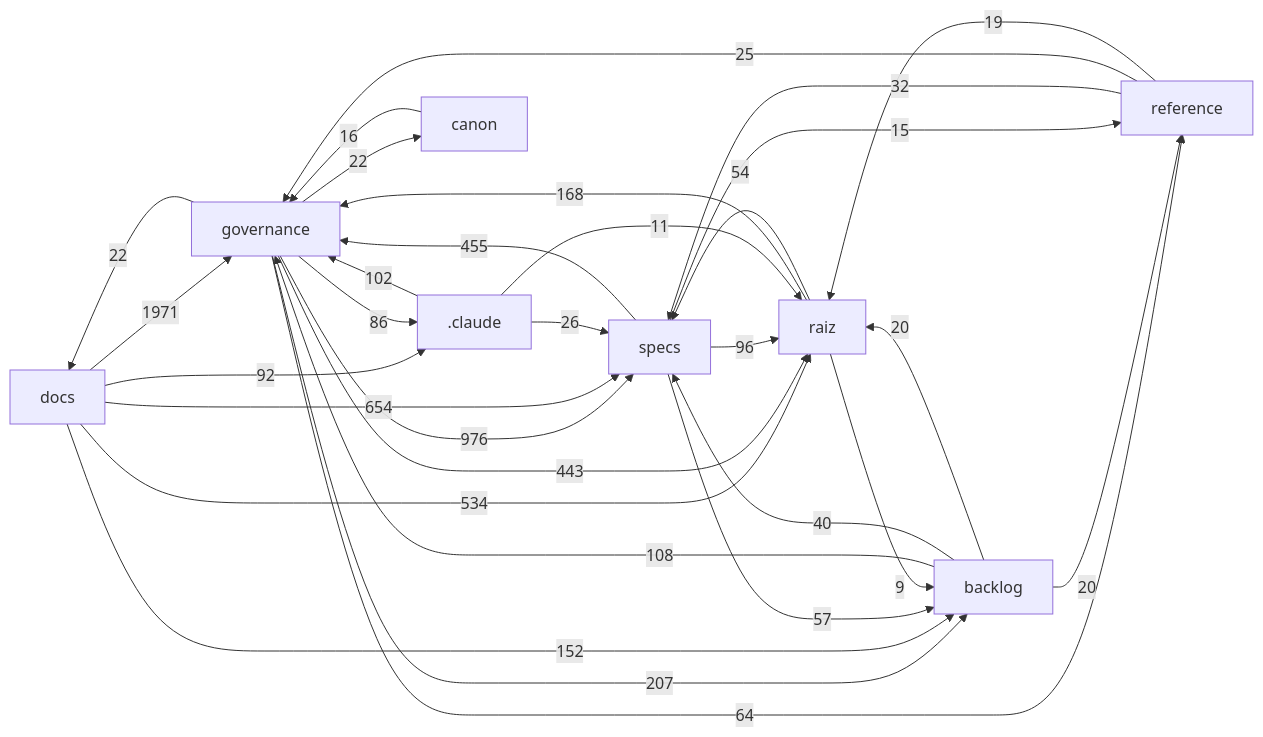
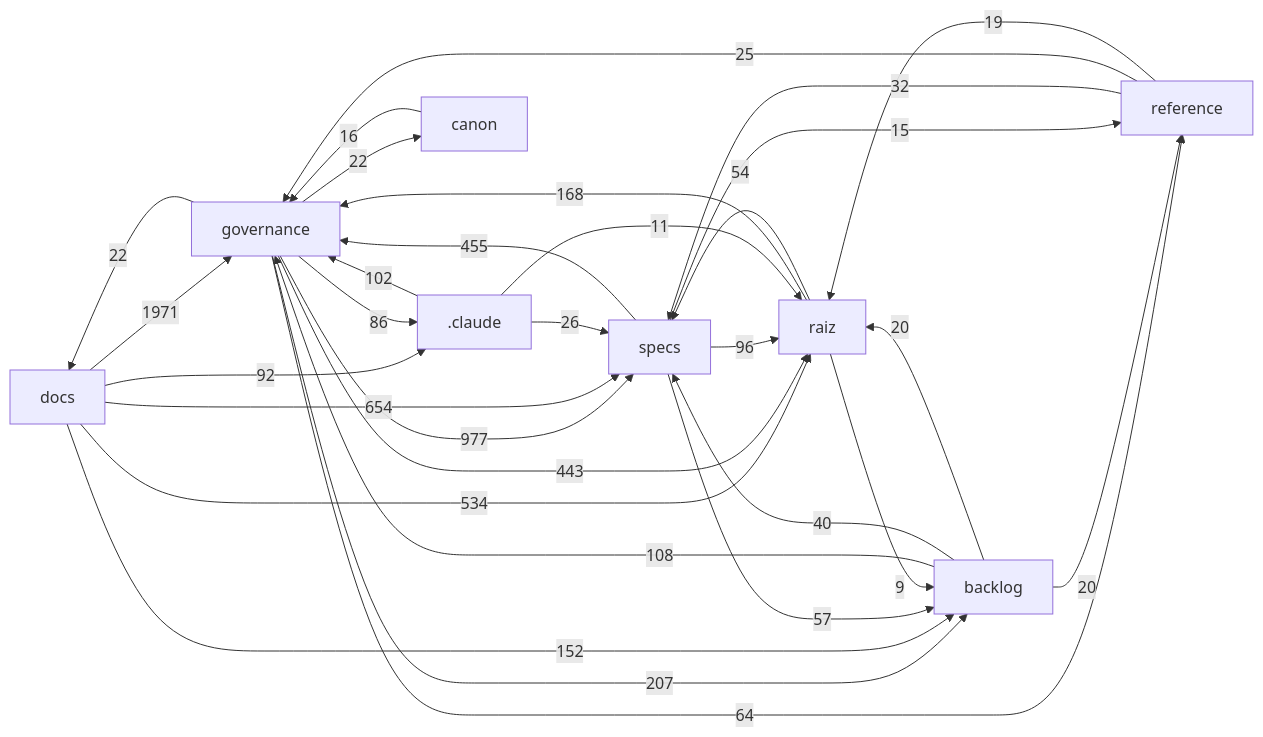
Before and after one commit to Andraus35/Sistema-Operacional-de-Trading--SOT: the diagram in docs/mapa/MAPA-PROJETO.md, drawn with Mermaid. The commit also changed other lines of this file and 2 other files, not shown here.

````diff
--- a/docs/mapa/MAPA-PROJETO.md
+++ b/docs/mapa/MAPA-PROJETO.md
@@ -29,33 +29,33 @@
 ```mermaid
 flowchart LR
   docs["docs"] -->|1971| governance["governance"]
-  governance["governance"] -->|976| specs["specs"]
+  governance["governance"] -->|977| specs["specs"]
   docs["docs"] -->|654| specs["specs"]
   docs["docs"] -->|534| raiz["raiz"]
   specs["specs"] -->|455| governance["governance"]
   governance["governance"] -->|443| raiz["raiz"]
   governance["governance"] -->|207| backlog["backlog"]
   raiz["raiz"] -->|168| governance["governance"]
   docs["docs"] -->|152| backlog["backlog"]
   backlog["backlog"] -->|108| governance["governance"]
   _claude[".claude"] -->|102| governance["governance"]
   specs["specs"] -->|96| raiz["raiz"]
   docs["docs"] -->|92| _claude[".claude"]
   governance["governance"] -->|86| _claude[".claude"]
   governance["governance"] -->|64| reference["reference"]
   specs["specs"] -->|57| backlog["backlog"]
   raiz["raiz"] -->|54| specs["specs"]
   backlog["backlog"] -->|40| specs["specs"]
   reference["reference"] -->|32| specs["specs"]
   _claude[".claude"] -->|26| specs["specs"]
   reference["reference"] -->|25| governance["governance"]
   governance["governance"] -->|22| docs["docs"]
   governance["governance"] -->|22| canon["canon"]
   backlog["backlog"] -->|20| raiz["raiz"]
   backlog["backlog"] -->|20| reference["reference"]
   reference["reference"] -->|19| raiz["raiz"]
   canon["canon"] -->|16| governance["governance"]
   specs["specs"] -->|15| reference["reference"]
   _claude[".claude"] -->|11| raiz["raiz"]
   raiz["raiz"] -->|9| backlog["backlog"]
 ```
````
